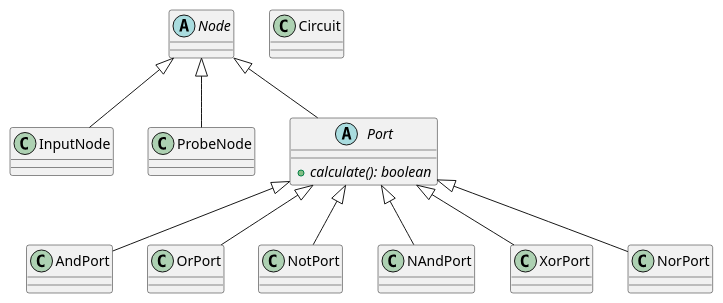
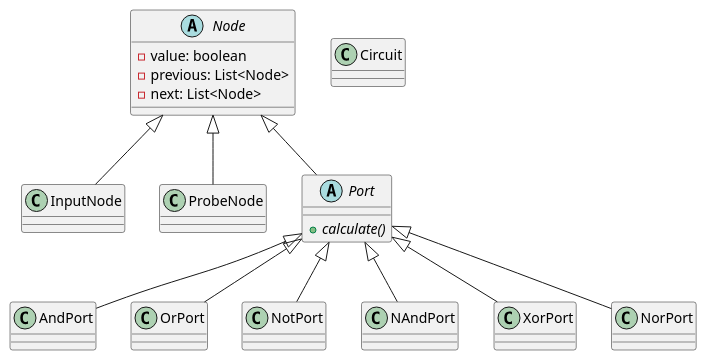
One commit to stevenliebregt/avans-dp1-sirkwie changed the diagram in docs/diagrams/dkd.puml. Above: the diagram before and after it, drawn with PlantUML.

```diff
--- a/docs/diagrams/dkd.puml
+++ b/docs/diagrams/dkd.puml
@@ -1,49 +1,51 @@
 @startuml
 ' Nodes
 abstract class Node {
-
+    -value: boolean
+    -previous: List<Node>
+    -next: List<Node>
 }
 
 class InputNode {
 }
 Node <|-- InputNode
 
 class ProbeNode {
 }
 Node <|-- ProbeNode
 
 ' Ports
 abstract class Port {
-    +{abstract} calculate(): boolean
+    +{abstract} calculate()
 }
 Node <|-- Port
 
 class AndPort {
 }
 Port <|-- AndPort
 
 class OrPort {
 }
 Port <|-- OrPort
 
 class NotPort {
 }
 Port <|-- NotPort
 
 class NAndPort {
 }
 Port <|-- NAndPort
 
 class XorPort {
 }
 Port <|-- XorPort
 
 class NorPort {
 }
 Port <|-- NorPort
 
 ' Circuit
 class Circuit {
 
 }
 @enduml
```
